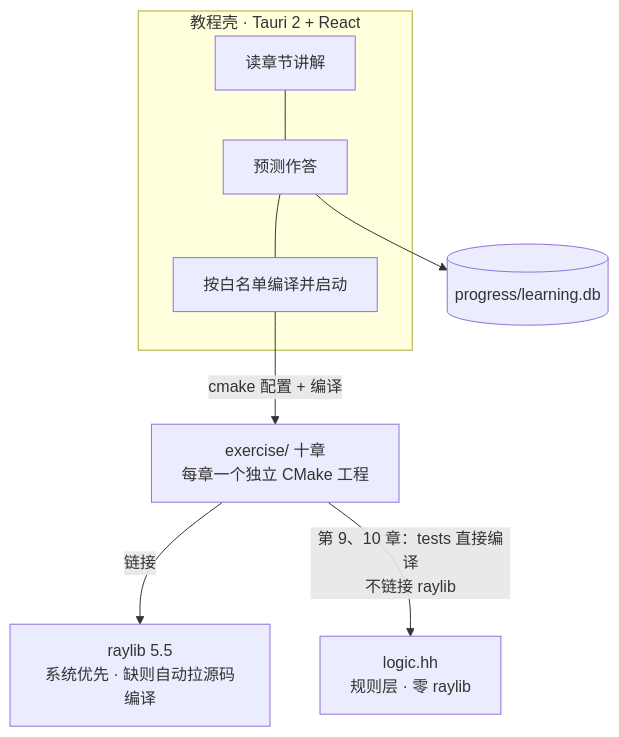
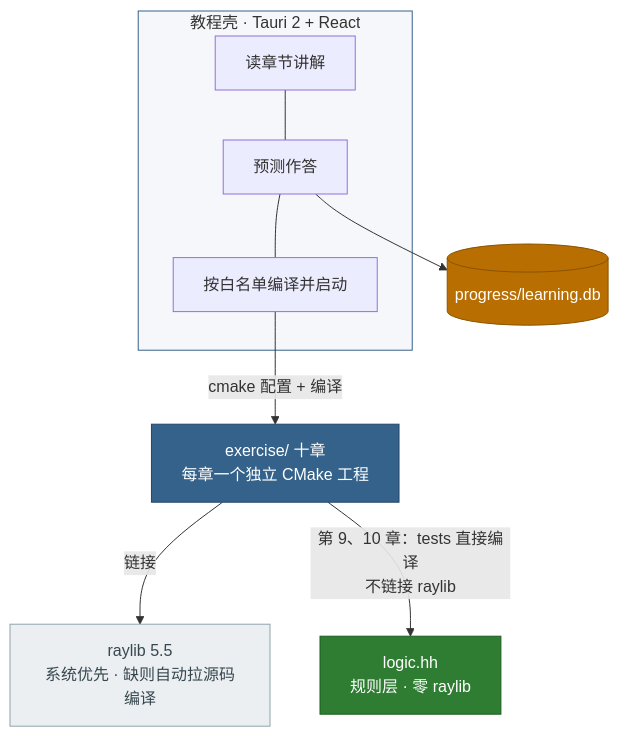
Before and after one commit to iguoya/Athena: the first of 2 diagrams in programming/snake/README.md, drawn with Mermaid. The commit also changed other lines of this file and 10 other files, not shown here.

First line of the commit message:
feat(snake): 图的可读性改造与五类描述补全

````diff
--- a/programming/snake/README.md
+++ b/programming/snake/README.md
@@ -11,10 +11,15 @@
 ```mermaid
 flowchart TB
     subgraph shell["教程壳 · Tauri 2 + React"]
         READ["读章节讲解"] --- ANSWER["预测作答"] --- LAUNCH["按白名单编译并启动"]
     end
-    LAUNCH -->|"cmake 配置 + 编译"| CH["exercise/ 十章\n每章一个独立 CMake 工程"]
-    ANSWER --> DB[("progress/learning.db")]
-    CH -->|"链接"| R["raylib 5.5\n系统优先 · 缺则自动拉源码编译"]
-    CH -->|"第 9、10 章：tests 直接编译\n不链接 raylib"| LH["logic.hh\n规则层 · 零 raylib"]
+    LAUNCH -->|"cmake 配置 + 编译"| CH["exercise/ 十章\n每章一个独立 CMake 工程"]:::ch
+    ANSWER --> DB[("progress/learning.db")]:::db
+    CH -->|"链接"| R["raylib 5.5\n系统优先 · 缺则自动拉源码编译"]:::lib
+    CH -->|"第 9、10 章：tests 直接编译\n不链接 raylib"| LH["logic.hh\n规则层 · 零 raylib"]:::rule
+    classDef ch fill:#35628a,stroke:#24456a,color:#fff
+    classDef db fill:#b86e00,stroke:#8a5400,color:#fff
+    classDef lib fill:#eceff1,stroke:#90a4ae,color:#37474f
+    classDef rule fill:#2e7d32,stroke:#1b5e20,color:#fff
+    style shell fill:#f5f7fa,stroke:#35628a
 ```
````
